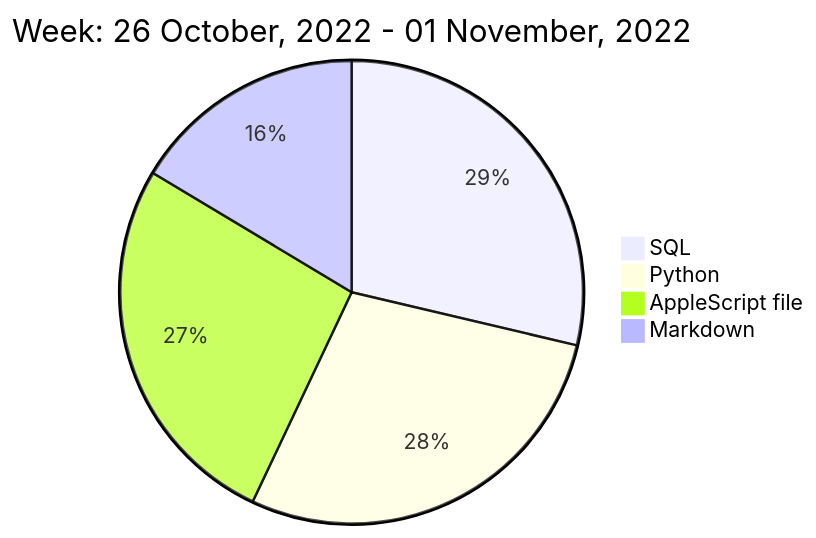
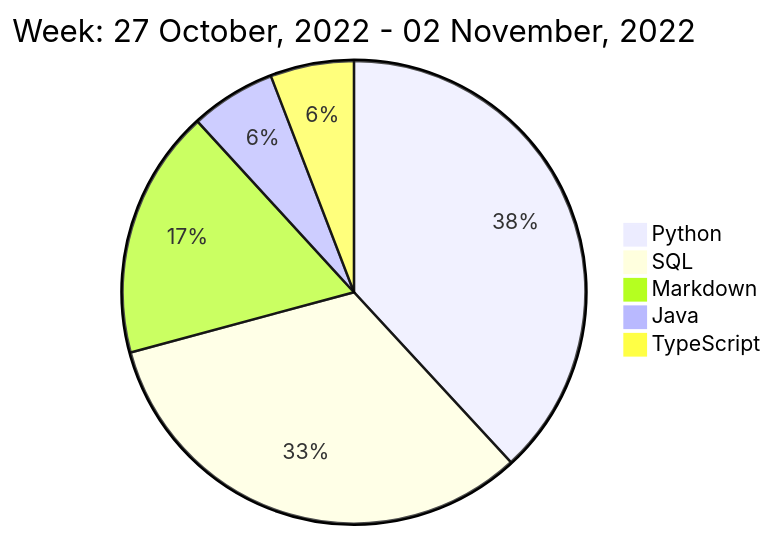
Before and after one commit to liubin95/liubin95: the diagram in README.md, drawn with Mermaid.

Commit message:
Updated the Graph with new Metrics

````diff
--- a/README.md
+++ b/README.md
@@ -40,8 +40,9 @@
 ```mermaid
  pie
-title Week: 26 October, 2022 - 01 November, 2022
- "SQL" : 2.45
- "Python" : 2.42
- "AppleScript file" : 2.27
+title Week: 27 October, 2022 - 02 November, 2022
+ "Python" : 3.07
+ "SQL" : 2.63
  "Markdown" : 1.4
+ "Java" : 0.48
+ "TypeScript" : 0.47
 ```
````
